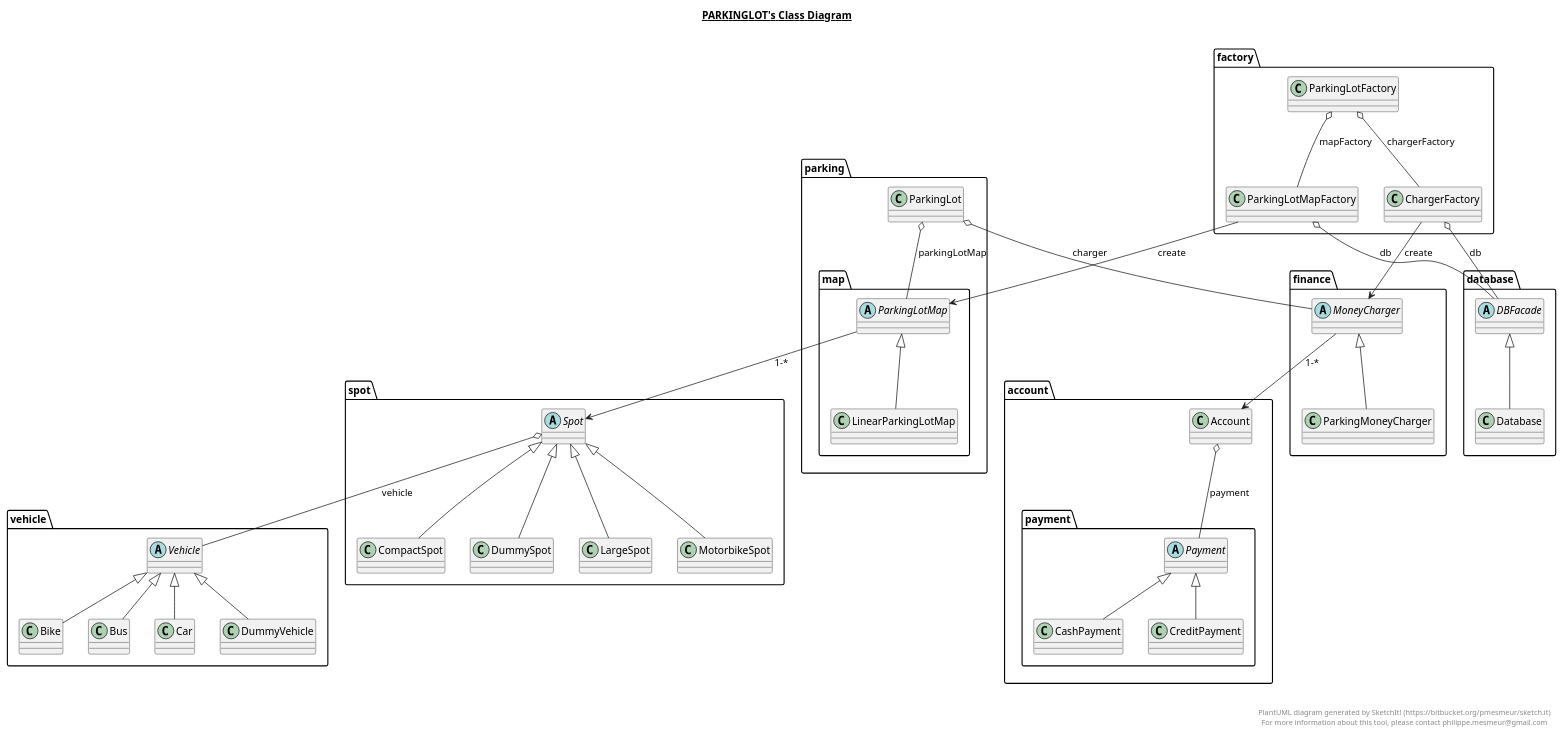
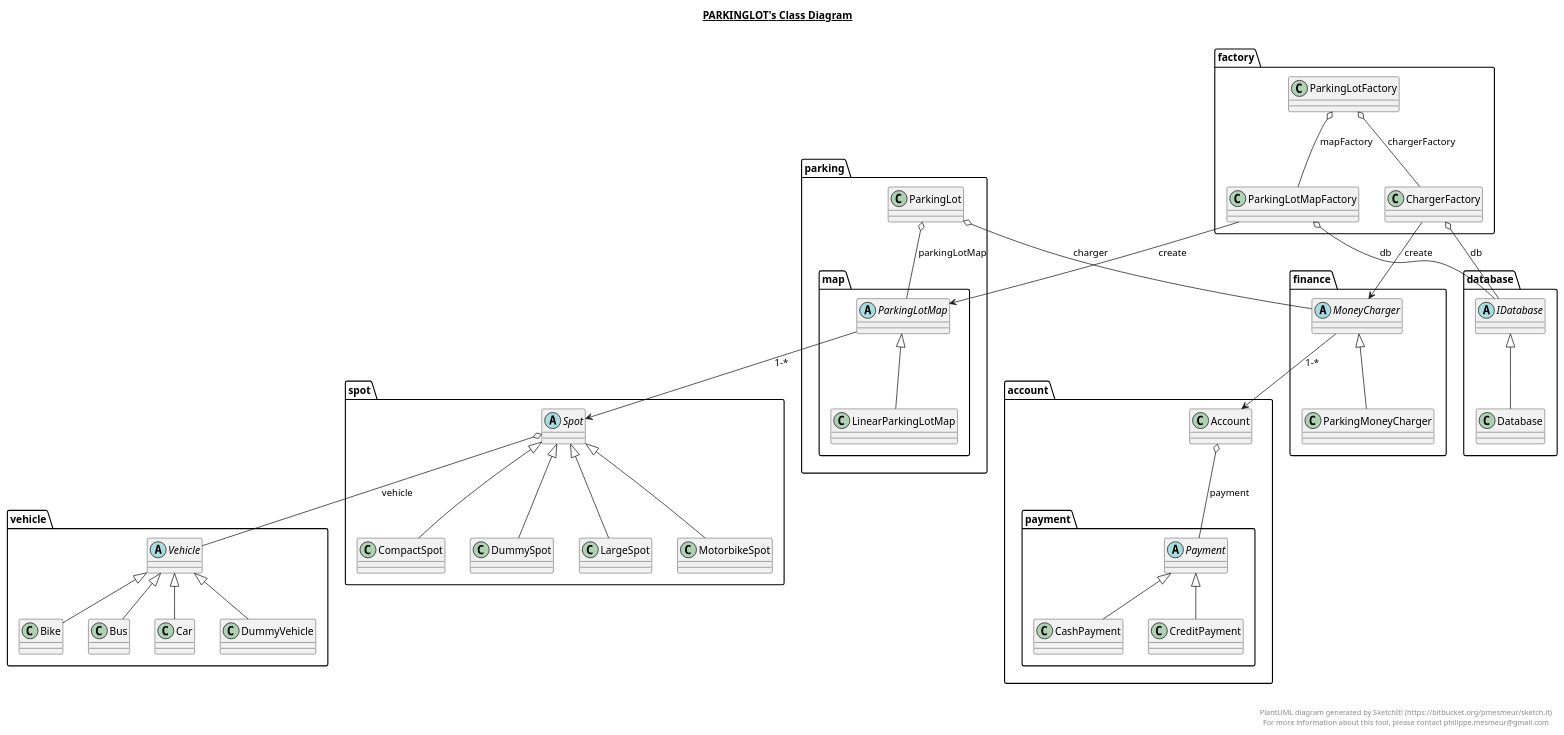
Before and after one commit to DeKal/OOD-ParkingLot: the diagram in uml/ParkingLot.plantuml, drawn with PlantUML. The commit also changed 11 other files, not shown here.

```diff
--- a/uml/ParkingLot.plantuml
+++ b/uml/ParkingLot.plantuml
@@ -33,7 +33,7 @@
   
 
   namespace database {
-    abstract class database.DBFacade {
+    abstract class database.IDatabase {
     }
   }
 
@@ -159,16 +159,16 @@
   account.payment.CashPayment -up-|> account.payment.Payment
   account.payment.CreditPayment -up-|> account.payment.Payment
 
-  database.Database -up-|> database.DBFacade
+  database.Database -up-|> database.IDatabase
 
 
-  factory.ChargerFactory o-- database.DBFacade : db
+  factory.ChargerFactory o-- database.IDatabase : db
   factory.ChargerFactory --> finance.MoneyCharger : create
 
   factory.ParkingLotFactory o-- factory.ChargerFactory : chargerFactory
   factory.ParkingLotFactory o-- factory.ParkingLotMapFactory : mapFactory
 
-  factory.ParkingLotMapFactory o-- database.DBFacade : db
+  factory.ParkingLotMapFactory o-- database.IDatabase : db
   factory.ParkingLotMapFactory --> parking.map.ParkingLotMap : create
 
   finance.ParkingMoneyCharger -up-|> finance.MoneyCharger
```
